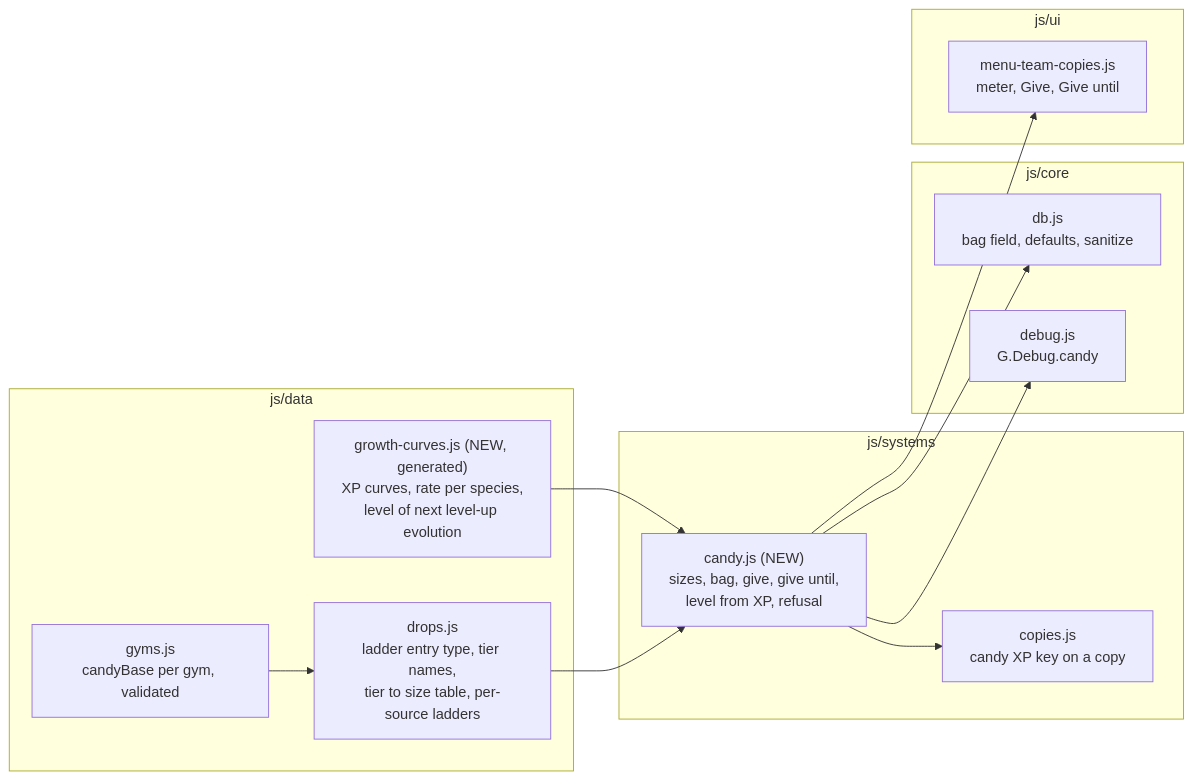
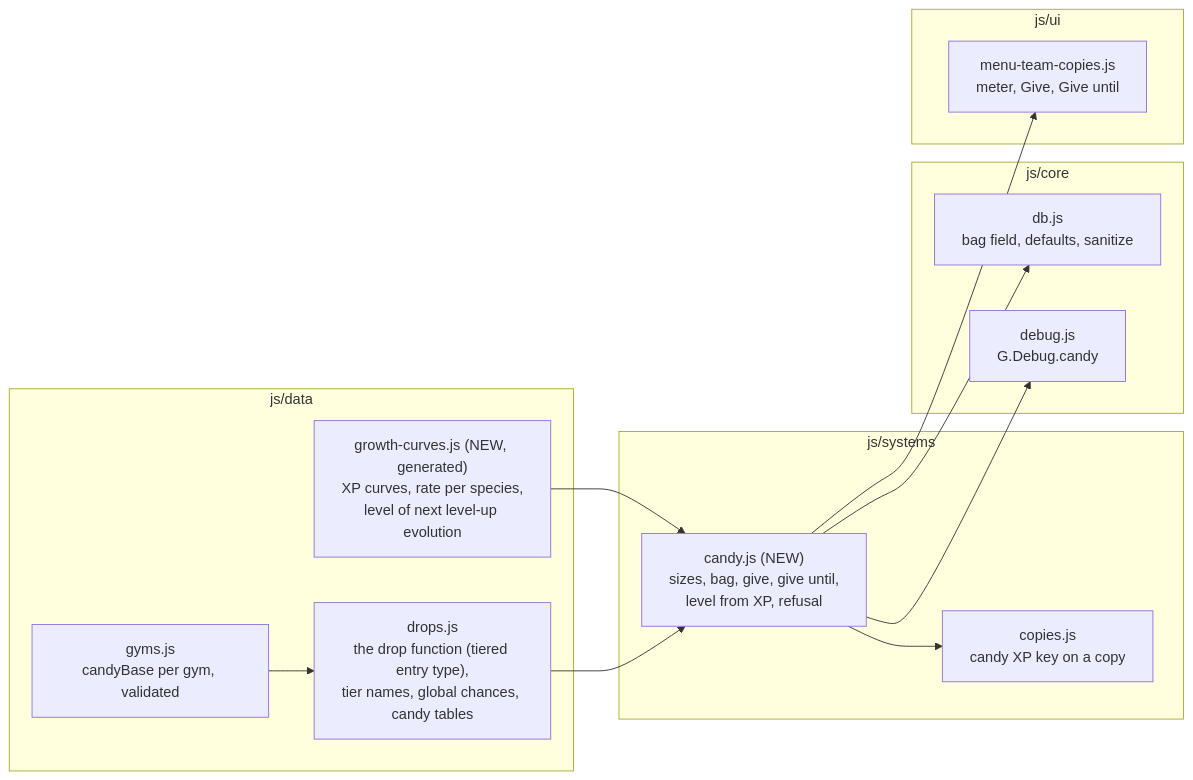
The third of 4 diagrams in docs/AI Outputs/Issue-139/139a - Candy Build Plan.md (Jess-Rivera/pokesurvivor_fork), drawn with Mermaid before and after one commit. The commit also changed other lines of this file and 1 other file, not shown here.

Commit message:
139a: one drop function for every loot drop; candy tables approved; fixed tier-to-size rule rejected

````diff
--- a/docs/AI Outputs/Issue-139/139a - Candy Build Plan.md
+++ b/docs/AI Outputs/Issue-139/139a - Candy Build Plan.md
@@ -118,26 +136,26 @@
 ```mermaid
 flowchart LR
   subgraph data["js/data"]
-    D1["drops.js<br/>ladder entry type, tier names,<br/>tier to size table, per-source ladders"]
+    D1["drops.js<br/>the drop function (tiered entry type),<br/>tier names, global chances, candy tables"]
     D2["growth-curves.js (NEW, generated)<br/>XP curves, rate per species,<br/>level of next level-up evolution"]
     D3["gyms.js<br/>candyBase per gym, validated"]
   end
   subgraph sys["js/systems"]
     S1["candy.js (NEW)<br/>sizes, bag, give, give until,<br/>level from XP, refusal"]
     S2["copies.js<br/>candy XP key on a copy"]
   end
   subgraph core["js/core"]
     C1["db.js<br/>bag field, defaults, sanitize"]
     C2["debug.js<br/>G.Debug.candy"]
   end
   subgraph ui["js/ui"]
     U1["menu-team-copies.js<br/>meter, Give, Give until"]
   end
   D1 --> S1
   D3 --> D1
   D2 --> S1
   S1 --> S2
   S1 --> C1
   S1 --> U1
   S1 --> C2
 ```
````
